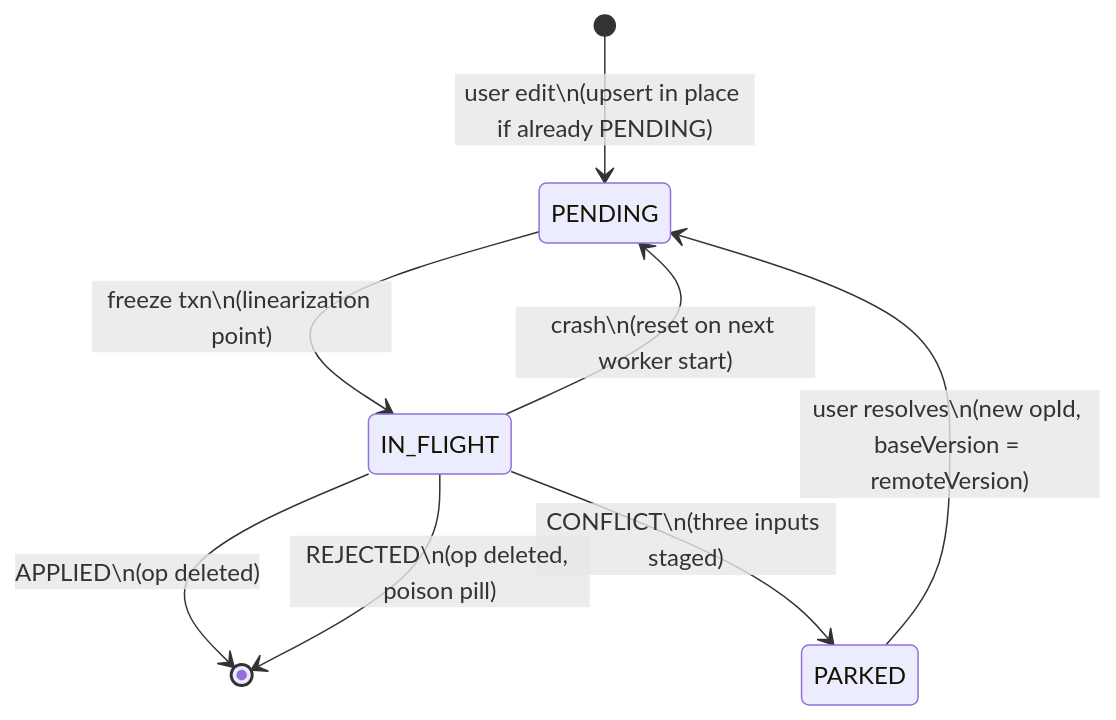
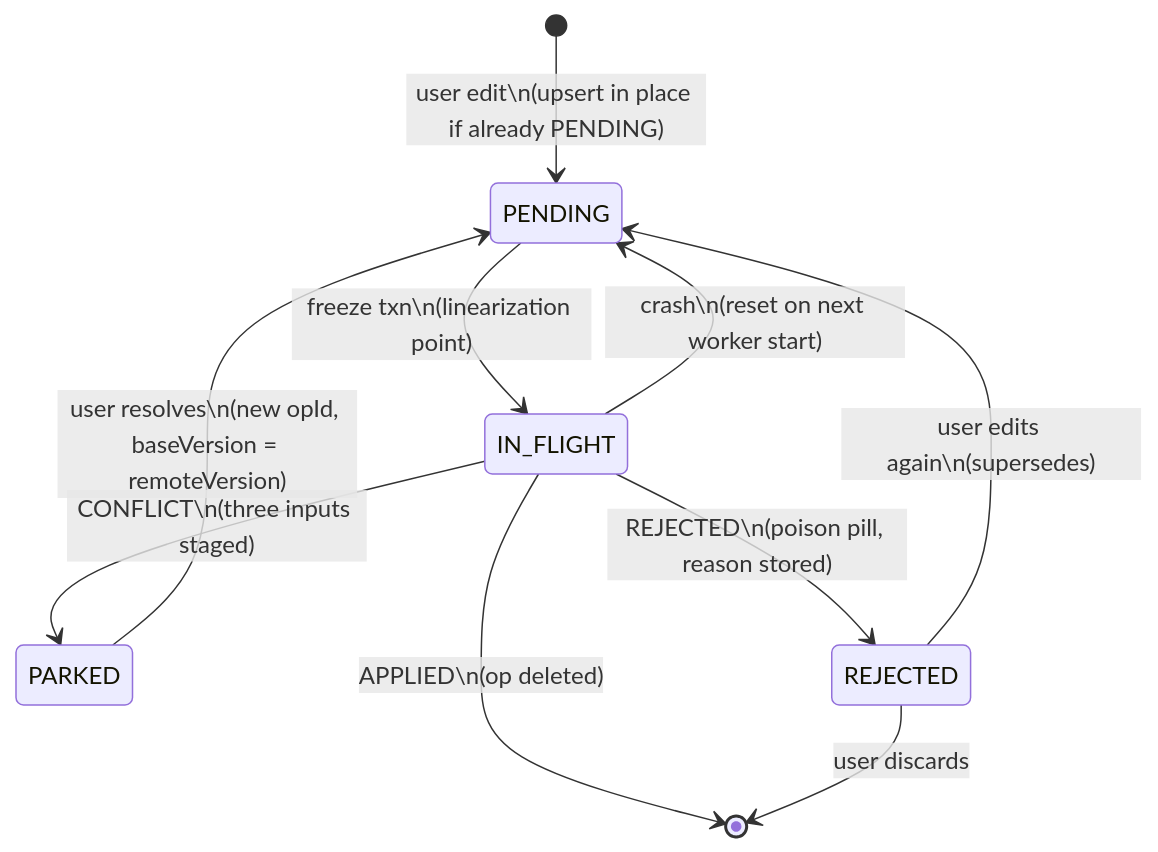
Before and after one commit to savvasg28/offline-notes: the third of 4 diagrams in README.md, drawn with Mermaid. The commit also changed other lines of this file and 28 other files, not shown here.

````diff
--- a/README.md
+++ b/README.md
@@ -138,10 +160,12 @@
 ```mermaid
 stateDiagram-v2
     [*] --> PENDING: user edit\n(upsert in place if already PENDING)
     PENDING --> IN_FLIGHT: freeze txn\n(linearization point)
     IN_FLIGHT --> [*]: APPLIED\n(op deleted)
     IN_FLIGHT --> PARKED: CONFLICT\n(three inputs staged)
-    IN_FLIGHT --> [*]: REJECTED\n(op deleted, poison pill)
+    IN_FLIGHT --> REJECTED: REJECTED\n(poison pill, reason stored)
     IN_FLIGHT --> PENDING: crash\n(reset on next worker start)
     PARKED --> PENDING: user resolves\n(new opId, baseVersion = remoteVersion)
+    REJECTED --> PENDING: user edits again\n(supersedes)
+    REJECTED --> [*]: user discards
 ```
````
